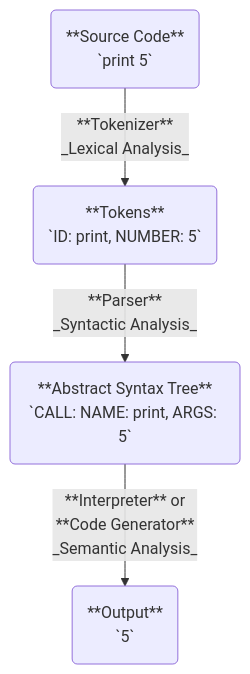
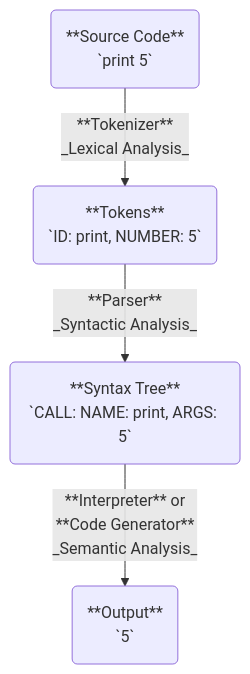
Before and after one commit to Bricktech2000/Notes: the diagram in notes/programming language.md, drawn with Mermaid. The commit also changed other lines of this file and 309 other files, not shown here.

````diff
--- a/notes/programming language.md
+++ b/notes/programming language.md
@@ -15,9 +15,9 @@
 ```mermaid
 graph TD
-  A(**Source Code**<br />`print 5`)
-  B(**Tokens**<br />`ID: print, NUMBER: 5`)
-  C(**Abstract Syntax Tree**<br />`CALL: NAME: print, ARGS: 5`)
-  D(**Output**<br />`5`)
+  src(**Source Code**<br />`print 5`)
+  tok(**Tokens**<br />`ID: print, NUMBER: 5`)
+  ast(**Syntax Tree**<br />`CALL: NAME: print, ARGS: 5`)
+  out(**Output**<br />`5`)
 
-  A -- **Tokenizer**<br />_Lexical Analysis_ --> B -- **Parser**<br />_Syntactic Analysis_ --> C -- **Interpreter** or<br />**Code Generator**<br />_Semantic Analysis_ --> D
+  src --**Tokenizer**<br />_Lexical Analysis_--> tok --**Parser**<br />_Syntactic Analysis_--> ast --**Interpreter** or<br />**Code Generator**<br />_Semantic Analysis_--> out
 ```
````
